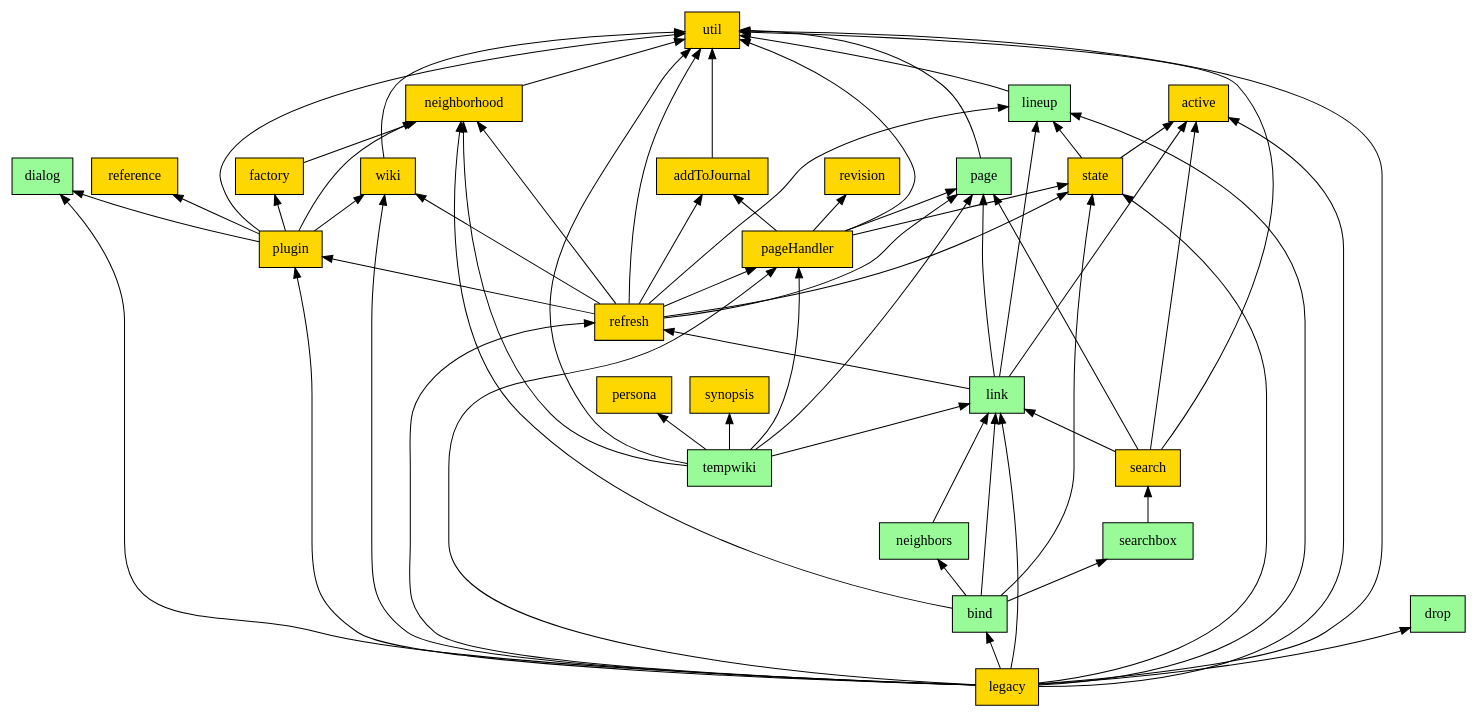
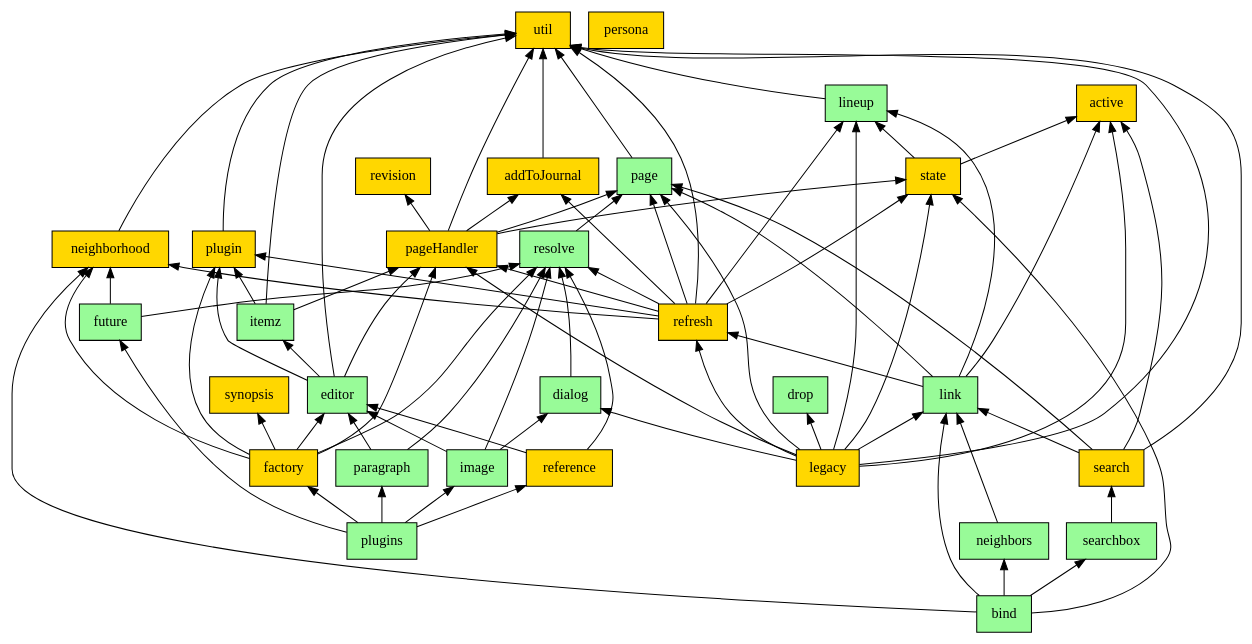
The diagram in scripts/requires-graph.dot (fedwiki/wiki-client), drawn with Graphviz before and after one commit. The commit also changed 22 other files, not shown here.

```diff
--- a/scripts/requires-graph.dot
+++ b/scripts/requires-graph.dot
@@ -1,114 +1,137 @@
 digraph { node [style=filled shape=box];
 
 active [fillcolor=gold];
 
 addToJournal [fillcolor=gold];
 util -> addToJournal [dir=back];
 
 bind [fillcolor=paleGreen];
 neighborhood -> bind [dir=back];
 neighbors -> bind [dir=back];
 searchbox -> bind [dir=back];
 state -> bind [dir=back];
 link -> bind [dir=back];
 
 dialog [fillcolor=paleGreen];
+resolve -> dialog [dir=back];
 
 drop [fillcolor=paleGreen];
 
+editor [fillcolor=paleGreen];
+plugin -> editor [dir=back];
+itemz -> editor [dir=back];
+util -> editor [dir=back];
+pageHandler -> editor [dir=back];
+
 factory [fillcolor=gold];
 neighborhood -> factory [dir=back];
+plugin -> factory [dir=back];
+resolve -> factory [dir=back];
+pageHandler -> factory [dir=back];
+editor -> factory [dir=back];
+synopsis -> factory [dir=back];
+
+future [fillcolor=paleGreen];
+resolve -> future [dir=back];
+neighborhood -> future [dir=back];
+
+image [fillcolor=paleGreen];
+dialog -> image [dir=back];
+editor -> image [dir=back];
+resolve -> image [dir=back];
+
+itemz [fillcolor=paleGreen];
+pageHandler -> itemz [dir=back];
+util -> itemz [dir=back];
+plugin -> itemz [dir=back];
 
 legacy [fillcolor=gold];
-wiki -> legacy [dir=back];
 util -> legacy [dir=back];
 pageHandler -> legacy [dir=back];
-plugin -> legacy [dir=back];
 state -> legacy [dir=back];
 active -> legacy [dir=back];
 refresh -> legacy [dir=back];
 lineup -> legacy [dir=back];
 drop -> legacy [dir=back];
 dialog -> legacy [dir=back];
 link -> legacy [dir=back];
-bind -> legacy [dir=back];
+page -> legacy [dir=back];
 
 lineup [fillcolor=paleGreen];
 util -> lineup [dir=back];
 
 link [fillcolor=paleGreen];
 lineup -> link [dir=back];
 active -> link [dir=back];
 refresh -> link [dir=back];
 page -> link [dir=back];
 
 neighborhood [fillcolor=gold];
 util -> neighborhood [dir=back];
 
 neighbors [fillcolor=paleGreen];
 link -> neighbors [dir=back];
 
 page [fillcolor=paleGreen];
 util -> page [dir=back];
 
 pageHandler [fillcolor=gold];
 util -> pageHandler [dir=back];
 state -> pageHandler [dir=back];
 revision -> pageHandler [dir=back];
 addToJournal -> pageHandler [dir=back];
 page -> pageHandler [dir=back];
 
+paragraph [fillcolor=paleGreen];
+editor -> paragraph [dir=back];
+resolve -> paragraph [dir=back];
+
 persona [fillcolor=gold];
 
 plugin [fillcolor=gold];
 util -> plugin [dir=back];
-wiki -> plugin [dir=back];
-dialog -> plugin [dir=back];
-neighborhood -> plugin [dir=back];
-reference -> plugin [dir=back];
-factory -> plugin [dir=back];
+
+plugins [fillcolor=paleGreen];
+reference -> plugins [dir=back];
+factory -> plugins [dir=back];
+paragraph -> plugins [dir=back];
+image -> plugins [dir=back];
+future -> plugins [dir=back];
 
 reference [fillcolor=gold];
+editor -> reference [dir=back];
+resolve -> reference [dir=back];
 
 refresh [fillcolor=gold];
 util -> refresh [dir=back];
 pageHandler -> refresh [dir=back];
-page -> refresh [dir=back];
 plugin -> refresh [dir=back];
 state -> refresh [dir=back];
 neighborhood -> refresh [dir=back];
 addToJournal -> refresh [dir=back];
-wiki -> refresh [dir=back];
 lineup -> refresh [dir=back];
+resolve -> refresh [dir=back];
+page -> refresh [dir=back];
+
+resolve [fillcolor=paleGreen];
+page -> resolve [dir=back];
 
 revision [fillcolor=gold];
 
 search [fillcolor=gold];
 link -> search [dir=back];
 util -> search [dir=back];
 active -> search [dir=back];
 page -> search [dir=back];
 
 searchbox [fillcolor=paleGreen];
 search -> searchbox [dir=back];
 
 state [fillcolor=gold];
 active -> state [dir=back];
 lineup -> state [dir=back];
 
 synopsis [fillcolor=gold];
 
-tempwiki [fillcolor=paleGreen];
-synopsis -> tempwiki [dir=back];
-persona -> tempwiki [dir=back];
-util -> tempwiki [dir=back];
-pageHandler -> tempwiki [dir=back];
-link -> tempwiki [dir=back];
-page -> tempwiki [dir=back];
-neighborhood -> tempwiki [dir=back];
-
 util [fillcolor=gold];
-
-wiki [fillcolor=gold];
-util -> wiki [dir=back];
 }
```
